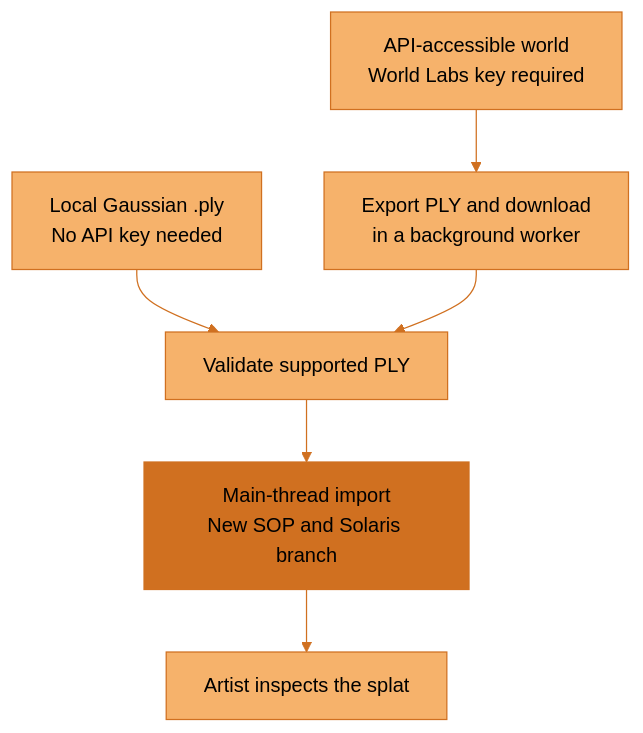
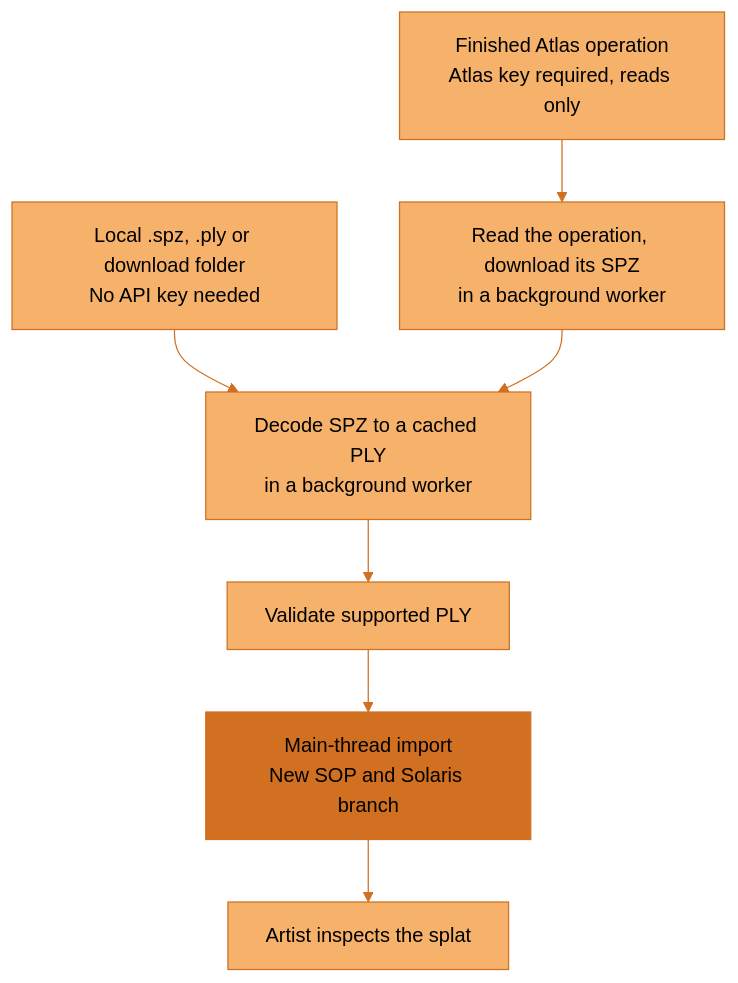
Before and after one commit to JosephOIbrahim/Synapse: the eighth of 12 diagrams in docs/architecture/overview.md, drawn with Mermaid. The commit also changed other lines of this file and 19 other files, not shown here.

````diff
--- a/docs/architecture/overview.md
+++ b/docs/architecture/overview.md
@@ -315,16 +315,17 @@
 ```mermaid
 flowchart TD
-    accTitle: Import an existing Marble world or a local Gaussian PLY
-    accDescr: A local Gaussian PLY needs no API key. An accessible API world requires a World Labs connection, export and download. Validated files enter a new Houdini branch on the main thread. The artist inspects the result.
-    L["Local Gaussian .ply<br/>No API key needed"] --> V["Validate supported PLY"]
-    A["API-accessible world<br/>World Labs key required"] --> D["Export PLY and download<br/>in a background worker"]
-    D --> V
+    accTitle: Import a finished Atlas splat scene or a local Gaussian splat
+    accDescr: A local .spz, .ply or downloaded operation folder needs no API key. A finished Atlas operation needs an Atlas key: SYNAPSE reads it, mints a read URL and downloads its SPZ in a background worker. SPZ is decoded to a PLY, validated, and imported on the main thread. The artist inspects the result.
+    L["Local .spz, .ply or download folder<br/>No API key needed"] --> C["Decode SPZ to a cached PLY<br/>in a background worker"]
+    A["Finished Atlas operation<br/>Atlas key required, reads only"] --> D["Read the operation, download its SPZ<br/>in a background worker"]
+    D --> C
+    C --> V["Validate supported PLY"]
     V --> H["Main-thread import<br/>New SOP and Solaris branch"]
     H --> I["Artist inspects the splat"]
     classDef default fill:#F6B26B,stroke:#D07020,color:#000000
     classDef synapse fill:#D07020,stroke:#D07020,color:#000000
     classDef artist fill:#F6B26B,stroke:#D07020,color:#000000
     class H synapse
     class I artist
     linkStyle default stroke:#D07020
 ```
````
